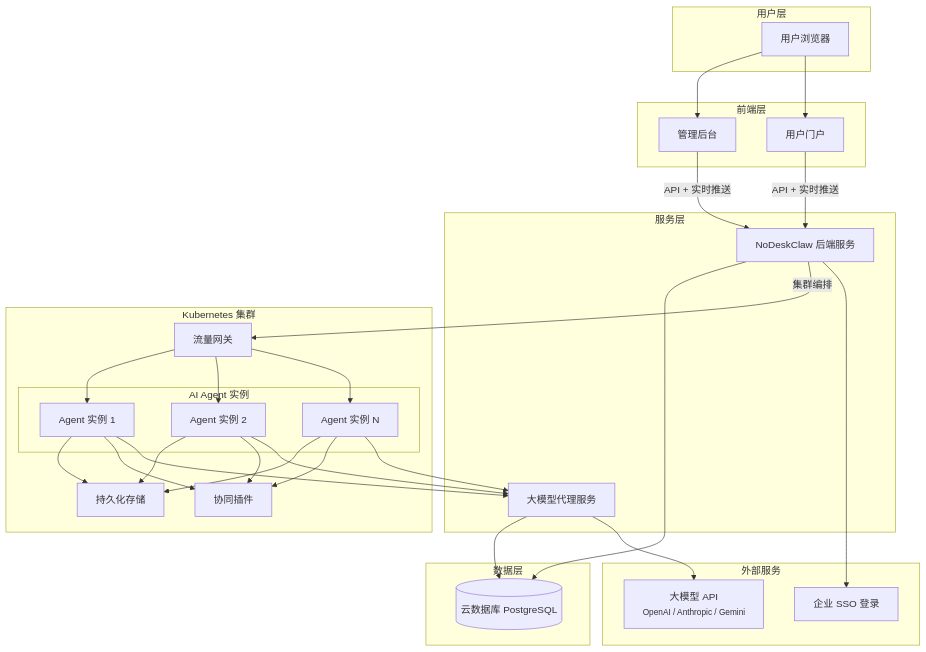
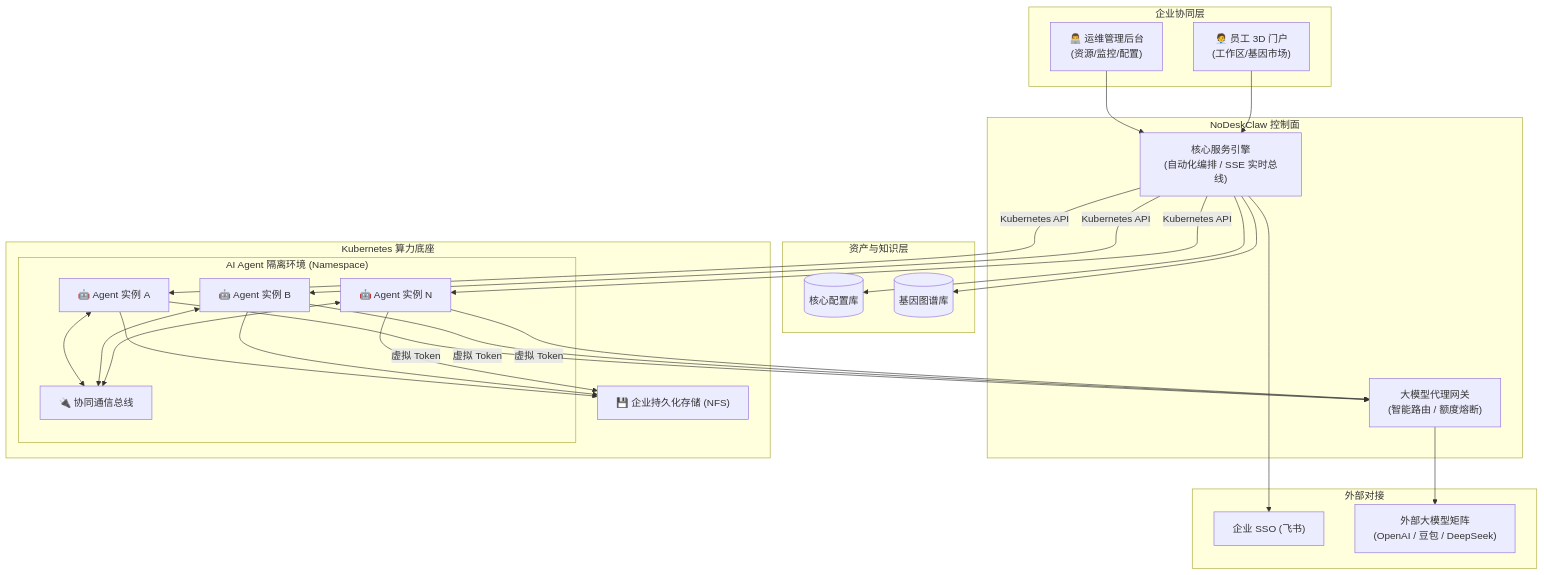
One commit to NoDeskAI/nodeskclaw changed the diagram in docs/项目介绍文档.md. Above: the diagram before and after it, drawn with Mermaid. The commit also changed other lines of this file, not shown here.

````diff
--- a/docs/项目介绍文档.md
+++ b/docs/项目介绍文档.md
@@ -91,48 +66,41 @@
 ```mermaid
 graph TB
-    subgraph 用户层
-        Browser["用户浏览器"]
+    subgraph 展现层 [企业协同层]
+        Admin["👨‍💻 运维管理后台<br/>(资源/监控/配置)"]
+        Portal["🧑‍💼 员工 3D 门户<br/>(工作区/基因市场)"]
     end
 
-    subgraph 前端层
-        Admin["管理后台"]
-        Portal["用户门户"]
+    subgraph 控制层 [NoDeskClaw 控制面]
+        Backend["核心服务引擎<br/>(自动化编排 / SSE 实时总线)"]
+        LLMProxy["大模型代理网关<br/>(智能路由 / 额度熔断)"]
     end
 
-    subgraph 服务层
-        Backend["NoDeskClaw 后端服务"]
-        LLMProxy["大模型代理服务"]
+    subgraph 数据层 [资产与知识层]
+        DB[("核心配置库")]
+        GeneDB[("基因图谱库")]
     end
 
-    subgraph 数据层
-        DB[("云数据库 PostgreSQL")]
+    subgraph 运行层 [Kubernetes 算力底座]
+        subgraph "AI Agent 隔离环境 (Namespace)"
+            OC1["🤖 Agent 实例 A"]
+            OC2["🤖 Agent 实例 B"]
+            OCn["🤖 Agent 实例 N"]
+            Channel["🔌 协同通信总线"]
+        end
+        Storage["💾 企业持久化存储 (NFS)"]
     end
 
-    subgraph "Kubernetes 集群"
-        subgraph "AI Agent 实例"
-            OC1["Agent 实例 1"]
-            OC2["Agent 实例 2"]
-            OCn["Agent 实例 N"]
-        end
-        Ingress["流量网关"]
-        Storage["持久化存储"]
-        Channel["协同插件"]
+    subgraph 外部生态 [外部对接]
+        SSO["企业 SSO (飞书)"]
+        LLM["外部大模型矩阵<br/>(OpenAI / 豆包 / DeepSeek)"]
     end
 
-    subgraph 外部服务
-        SSO["企业 SSO 登录"]
-        LLM["大模型 API<br/><small>OpenAI / Anthropic / Gemini</small>"]
-    end
-
-    Browser --> Admin & Portal
-    Admin & Portal -->|API + 实时推送| Backend
-    Backend --> DB
-    Backend -->|集群编排| Ingress
-    Ingress --> OC1 & OC2 & OCn
+    Admin & Portal --> Backend
+    Backend --> DB & GeneDB
+    Backend -->|Kubernetes API| OC1 & OC2 & OCn
+    OC1 & OC2 & OCn <--> Channel
     OC1 & OC2 & OCn --> Storage
-    OC1 & OC2 & OCn --> Channel
-    OC1 & OC2 & OCn --> LLMProxy
-    LLMProxy --> DB
+    OC1 & OC2 & OCn -->|虚拟 Token| LLMProxy
     LLMProxy --> LLM
     Backend --> SSO
 ```
````
